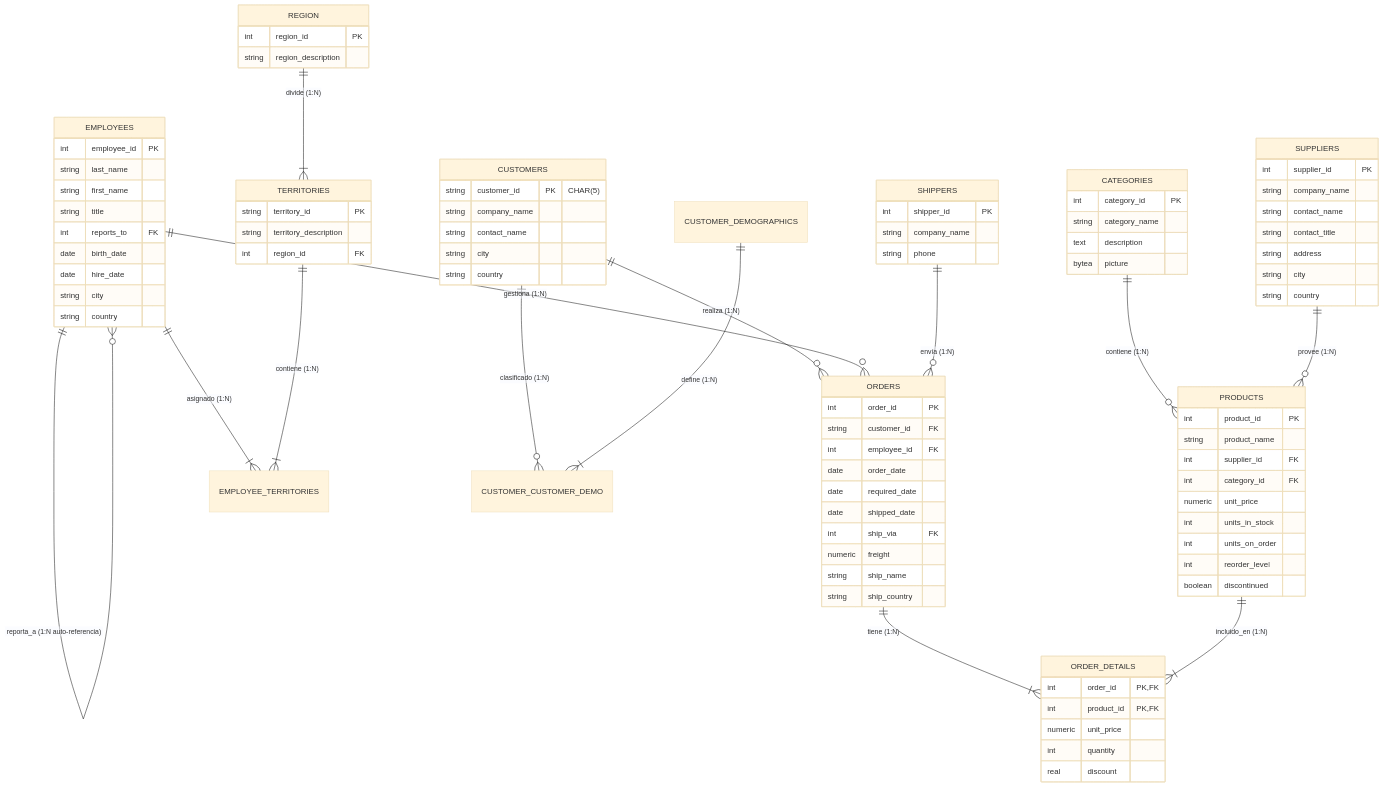
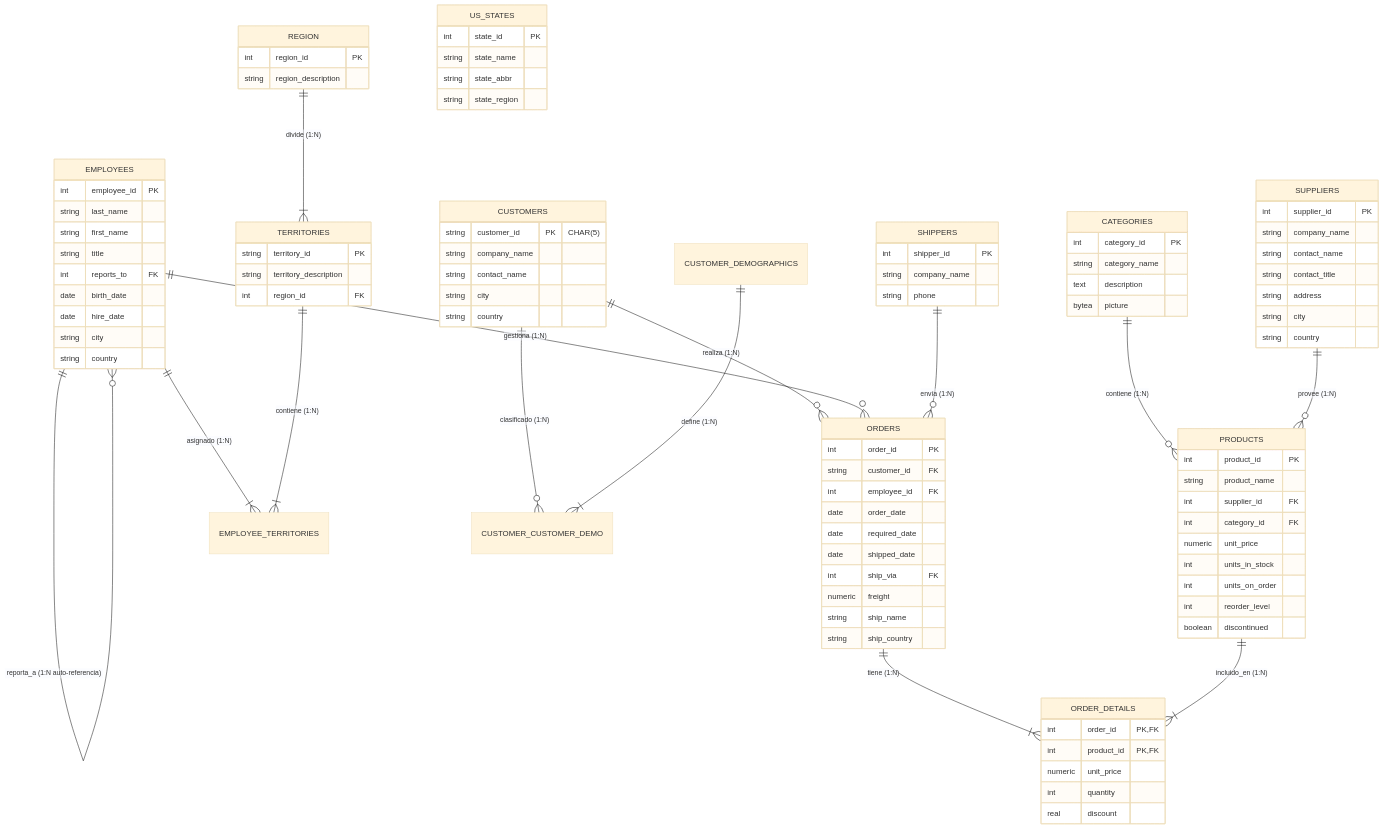
One commit to Slinkter/ApuntesSQL changed the diagram in northwind_er_diagram.md. Above: the diagram before and after it, drawn with Mermaid (base theme). The commit also changed other lines of this file, not shown here.

Commit message:
docs: Update ER diagram with US_STATES table

````diff
--- a/northwind_er_diagram.md
+++ b/northwind_er_diagram.md
@@ -122,4 +122,11 @@
         int region_id PK
         string region_description
     }
+
+    US_STATES {
+        int state_id PK
+        string state_name
+        string state_abbr
+        string state_region
+    }
 ```
````
